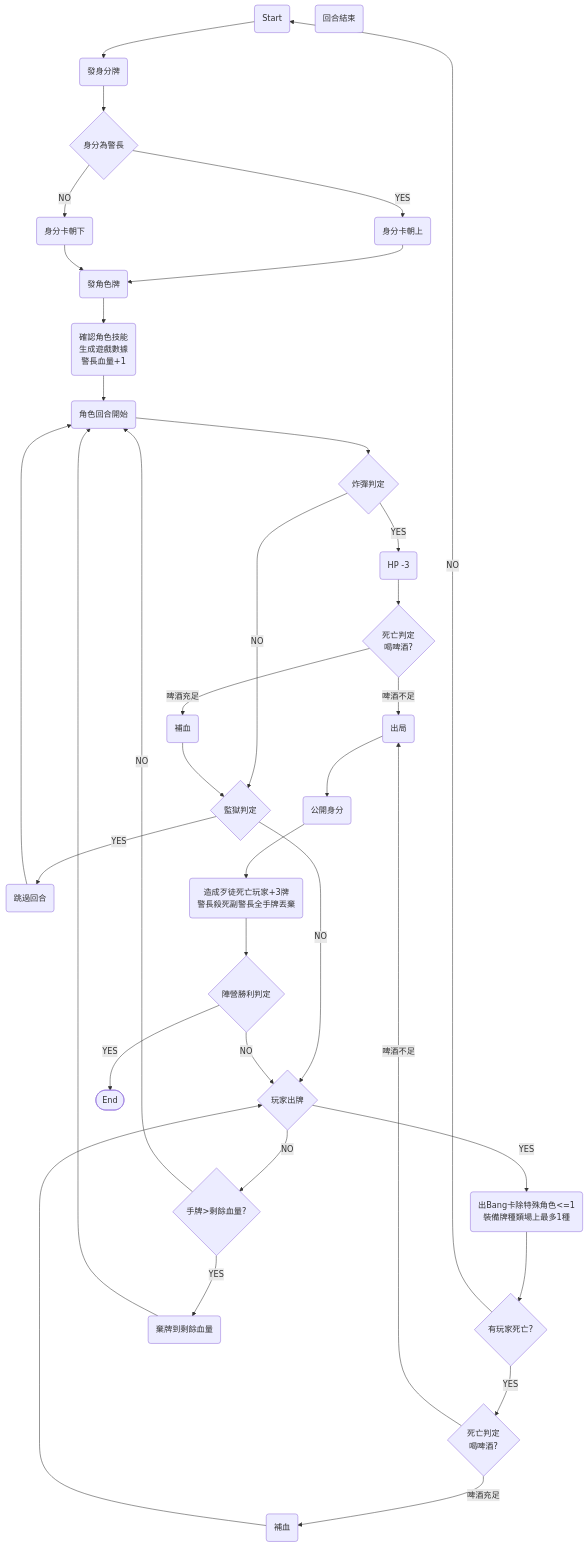
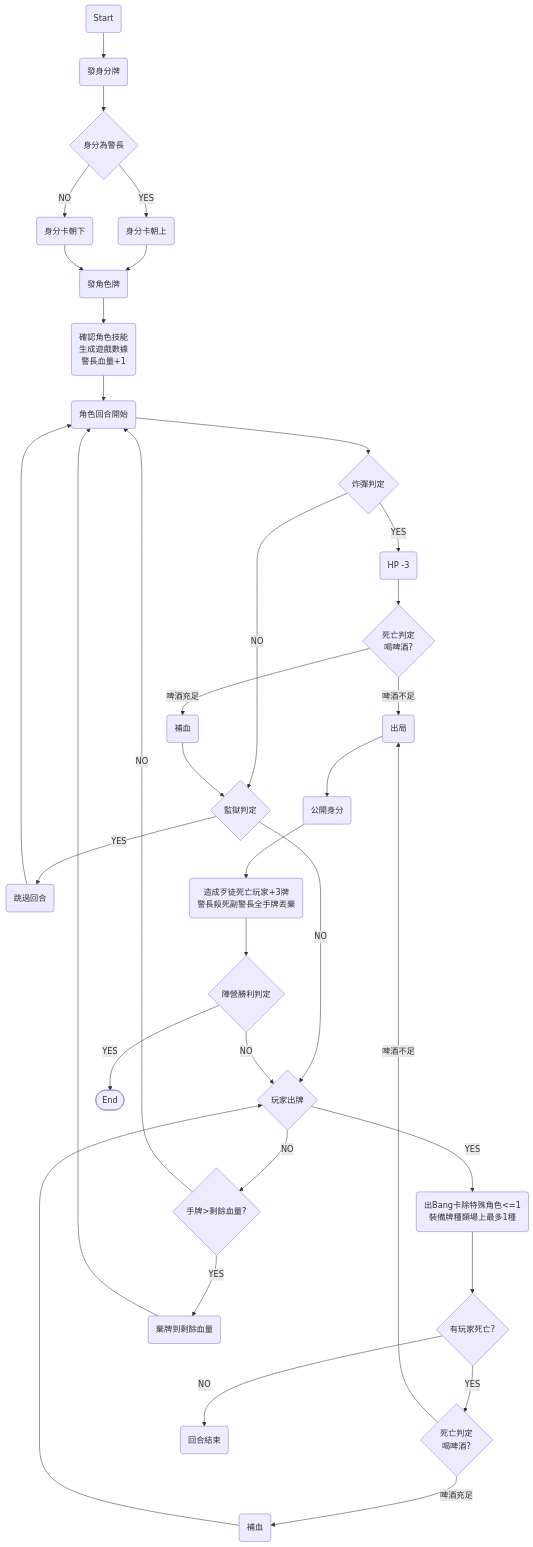
The diagram in README.md (Adowaiii/t03_Bang), drawn with Mermaid before and after one commit.

Commit message:
[0619][Hotfix]

````diff
--- a/README.md
+++ b/README.md
@@ -95,26 +95,26 @@
 ```mermaid
 flowchart TD
 id1(Start)-->id2(發身分牌)-->id3{身分為警長}-->|YES|id5(身分卡朝上)-->id6(發角色牌)
 id3-->|NO|id4(身分卡朝下)-->id6
 id6-->id7(確認角色技能\n生成遊戲數據\n警長血量+1)-->id8
 id8(角色回合開始)-->id9{炸彈判定}-->|YES|id21(HP -3)-->id10{死亡判定\n喝啤酒?}
 id9-->|NO|id13
 id10-->|啤酒不足|id200(出局)
 id10-->|啤酒充足|id14(補血)-->id13{監獄判定}
 id13-->|YES|id15(跳過回合)
 id13-->|NO|id16{玩家出牌}
 id16-->|NO|id24{手牌>剩餘血量?}-->|NO|id8
 id15-->id8
 id17-->id18{有玩家死亡?}
 id18-->|YES|id27{死亡判定\n喝啤酒?}
 id27-->|啤酒不足|id200(出局)
 id27-->|啤酒充足|id28(補血)-->id16
 id200(出局)-->id22(公開身分)-->id23(造成歹徒死亡玩家+3牌\n警長殺死副警長全手牌丟棄)
 id23-->idV
 id19(回合結束)
-id18-->|NO|id1
+id18-->|NO|id19
 id16-->|YES|id17(出Bang卡除特殊角色<=1\n裝備牌種類場上最多1種)
 idV{陣營勝利判定}-->|YES|id000([End])
 idV{陣營勝利判定}-->|NO|id16
 id24-->|YES|id25(棄牌到剩餘血量)-->id8
 ```
````
